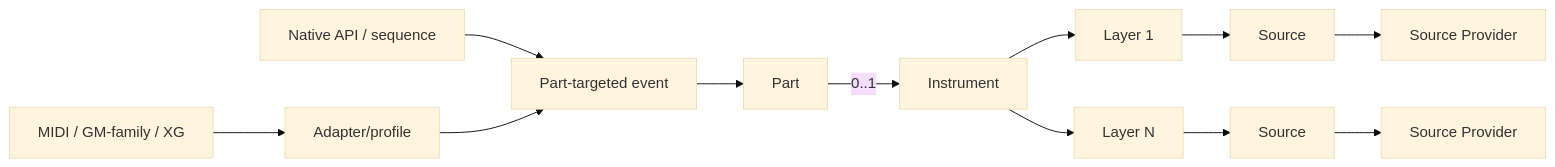
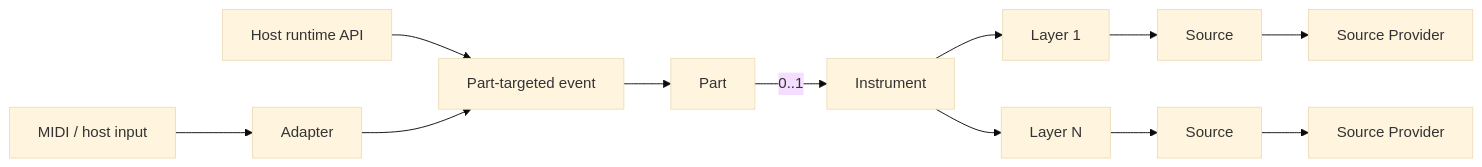
One commit to djflan/Lodestar.Standard changed the sixth of 7 diagrams in docs/v1/architecture-map.md. Above: the diagram before and after it, drawn with Mermaid (base theme). The commit also changed other lines of this file and 17 other files, not shown here.

````diff
--- a/docs/v1/architecture-map.md
+++ b/docs/v1/architecture-map.md
@@ -158,11 +157,11 @@
 ```mermaid
 flowchart LR
-  MIDI[MIDI / GM-family / XG] --> A[Adapter/profile]
-  API[Native API / sequence] --> E[Part-targeted event]
+  MIDI[MIDI / host input] --> A[Adapter]
+  API[Host runtime API] --> E[Part-targeted event]
   A --> E --> P[Part]
   P -->|0..1| I[Instrument]
   I --> L1[Layer 1]
   I --> LN[Layer N]
   L1 --> S1[Source] --> PR1[Source Provider]
   LN --> SN[Source] --> PRN[Source Provider]
 ```
````
